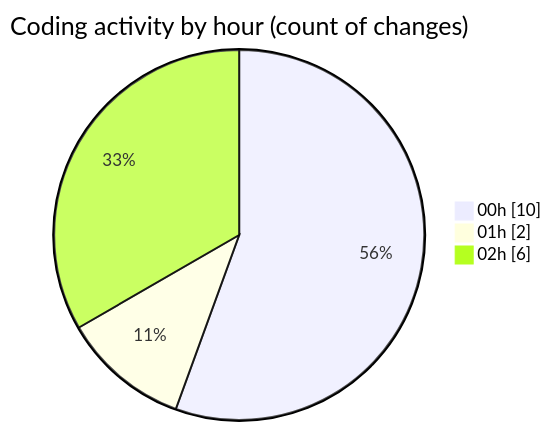
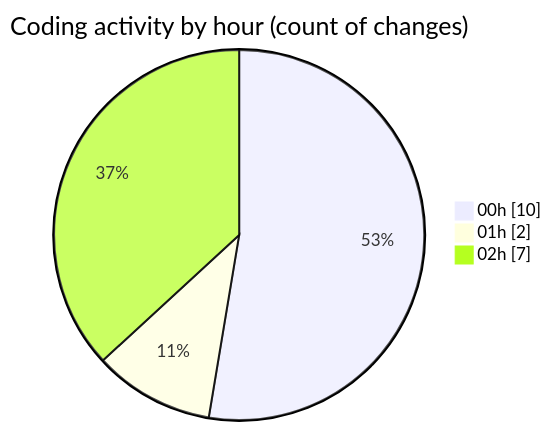
One commit to julien-gomy/code-tracking changed the second of 2 diagrams in 2025-10-30/cdp_aleoudev_fr__workspace_/README.md. Above: the diagram before and after it, drawn with Mermaid. The commit also changed other lines of this file and 1 other file, not shown here.

````diff
--- a/2025-10-30/cdp_aleoudev_fr__workspace_/README.md
+++ b/2025-10-30/cdp_aleoudev_fr__workspace_/README.md
@@ -30,7 +30,7 @@
 ```mermaid
 pie showData
 title Coding activity by hour (count of changes)
 "00h" : 10
 "01h" : 2
-"02h" : 6
+"02h" : 7
 ```
````
